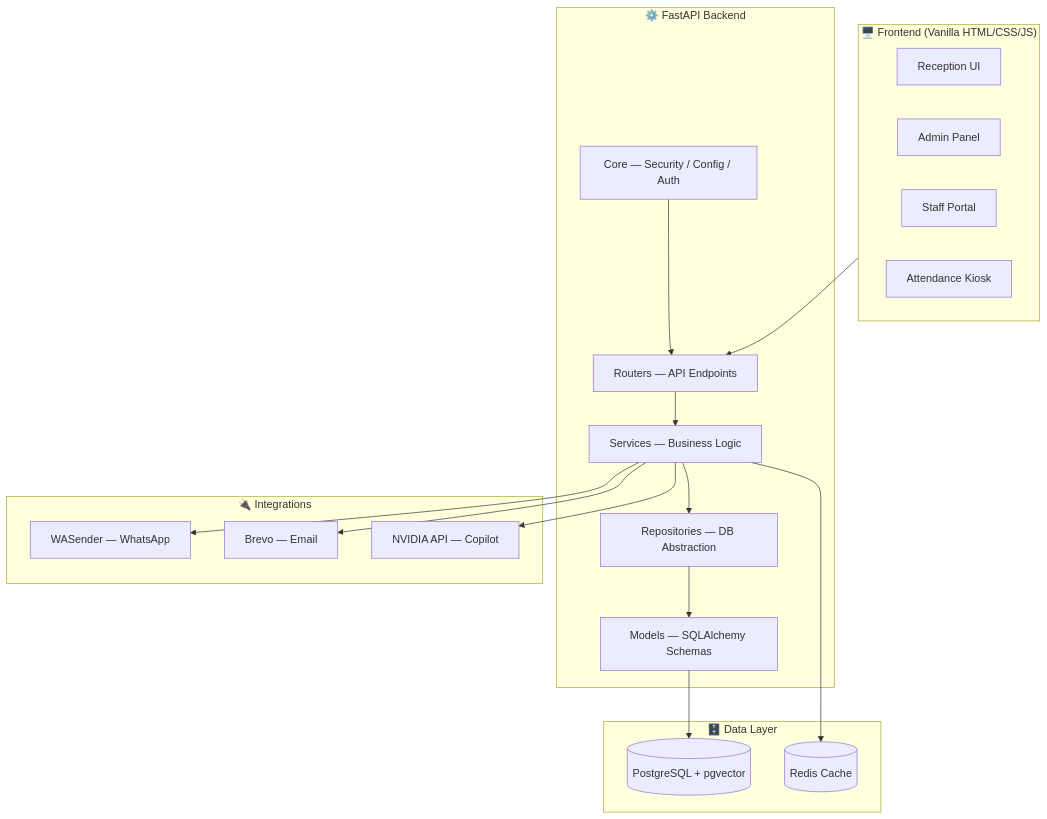
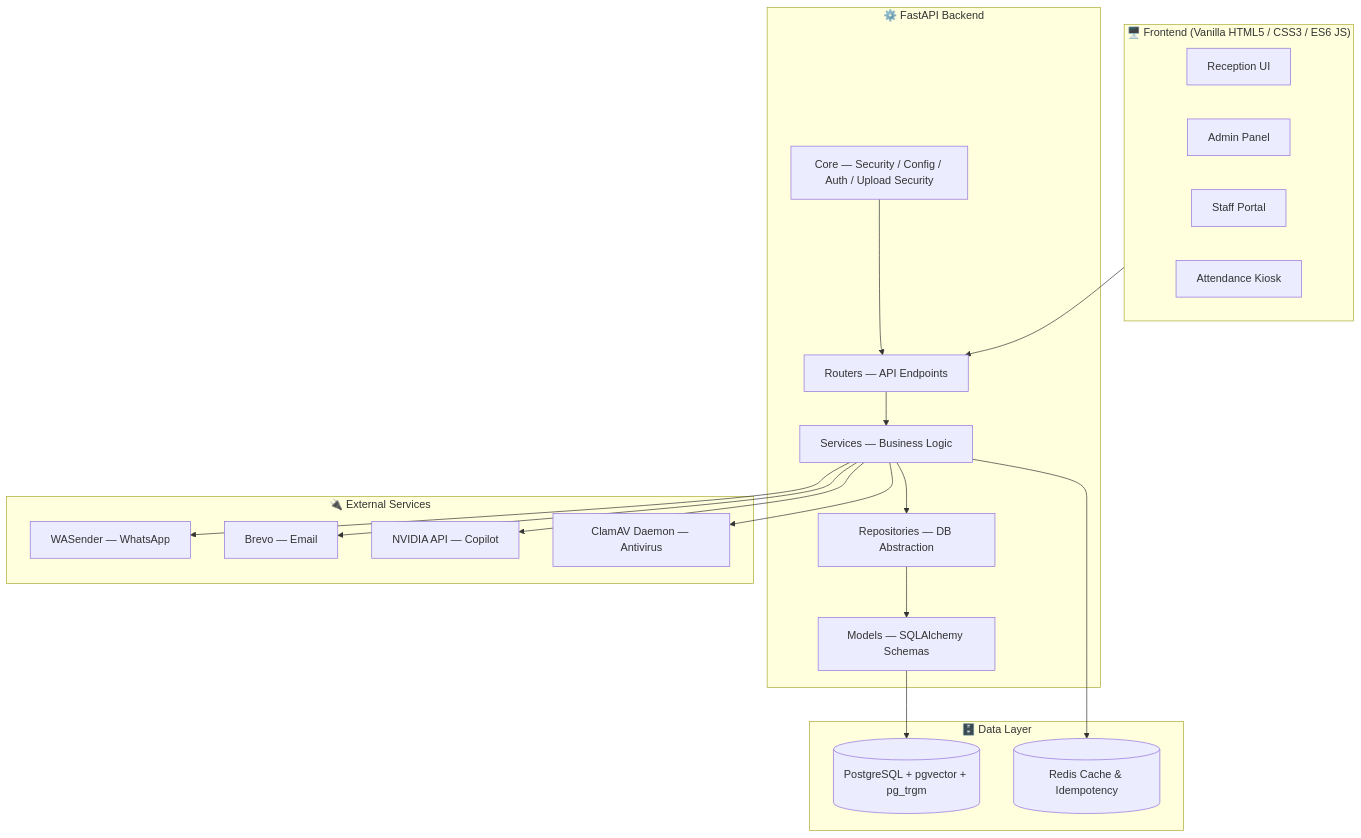
One commit to Kunal9608/Akriti changed the first of 2 diagrams in README.md. Above: the diagram before and after it, drawn with Mermaid. The commit also changed other lines of this file and 5 other files, not shown here.

````diff
--- a/README.md
+++ b/README.md
@@ -100,35 +98,37 @@
 ```mermaid
 flowchart TB
-    subgraph Frontend["🖥️ Frontend (Vanilla HTML/CSS/JS)"]
+    subgraph Frontend["🖥️ Frontend (Vanilla HTML5 / CSS3 / ES6 JS)"]
         R[Reception UI]
         A[Admin Panel]
         S[Staff Portal]
         K[Attendance Kiosk]
     end
 
     subgraph Backend["⚙️ FastAPI Backend"]
         RT[Routers — API Endpoints]
         SV[Services — Business Logic]
         RP[Repositories — DB Abstraction]
         MD[Models — SQLAlchemy Schemas]
-        CR[Core — Security / Config / Auth]
+        CR[Core — Security / Config / Auth / Upload Security]
     end
 
     subgraph Data["🗄️ Data Layer"]
-        PG[(PostgreSQL + pgvector)]
-        RD[(Redis Cache)]
+        PG[(PostgreSQL + pgvector + pg_trgm)]
+        RD[(Redis Cache & Idempotency)]
     end
 
-    subgraph External["🔌 Integrations"]
+    subgraph External["🔌 External Services"]
         WA[WASender — WhatsApp]
         BR[Brevo — Email]
         AI[NVIDIA API — Copilot]
+        CL[ClamAV Daemon — Antivirus]
     end
 
     Frontend --> RT --> SV --> RP --> MD --> PG
     SV --> RD
     SV --> WA
     SV --> BR
     SV --> AI
+    SV --> CL
     CR --> RT
 ```
````
